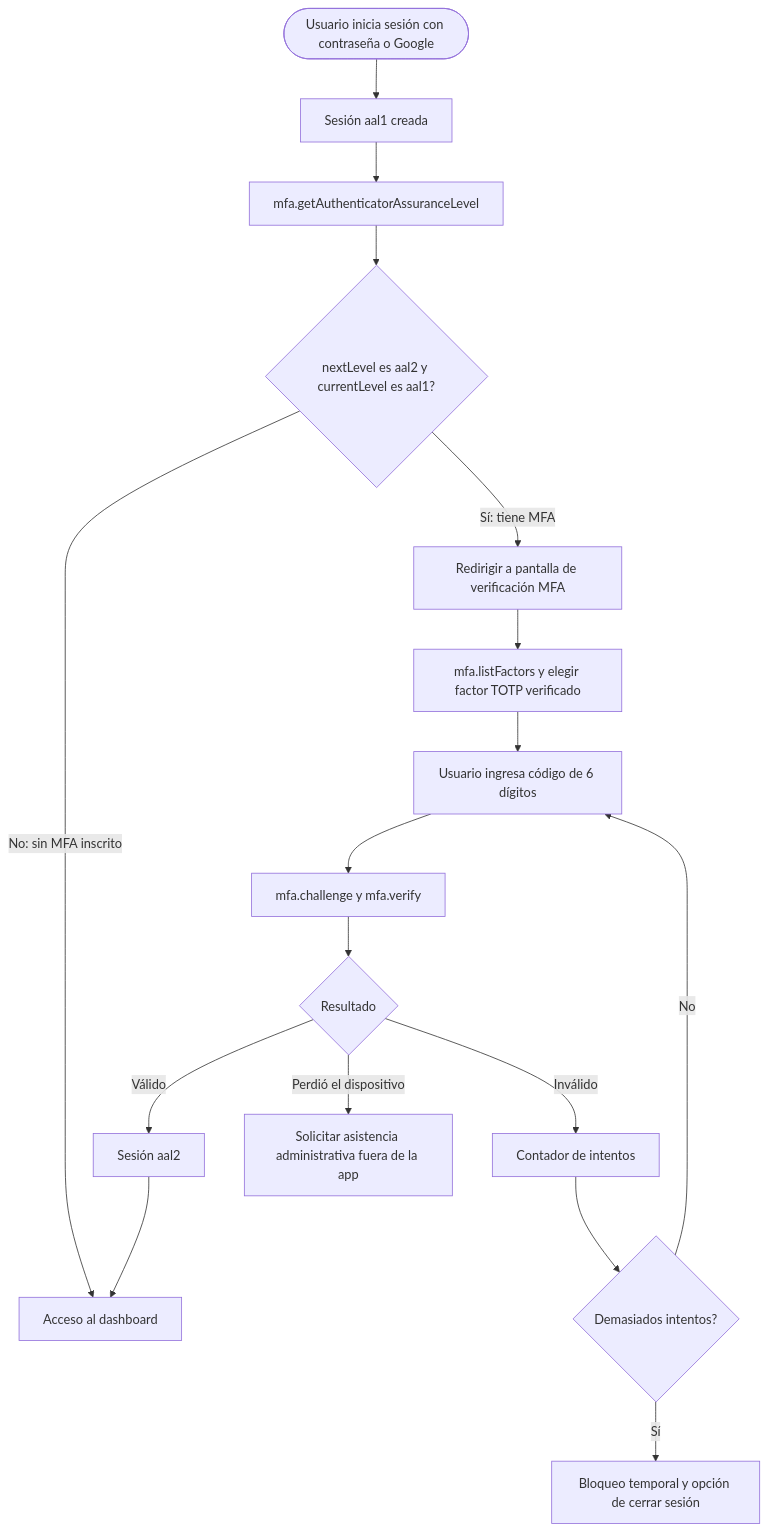
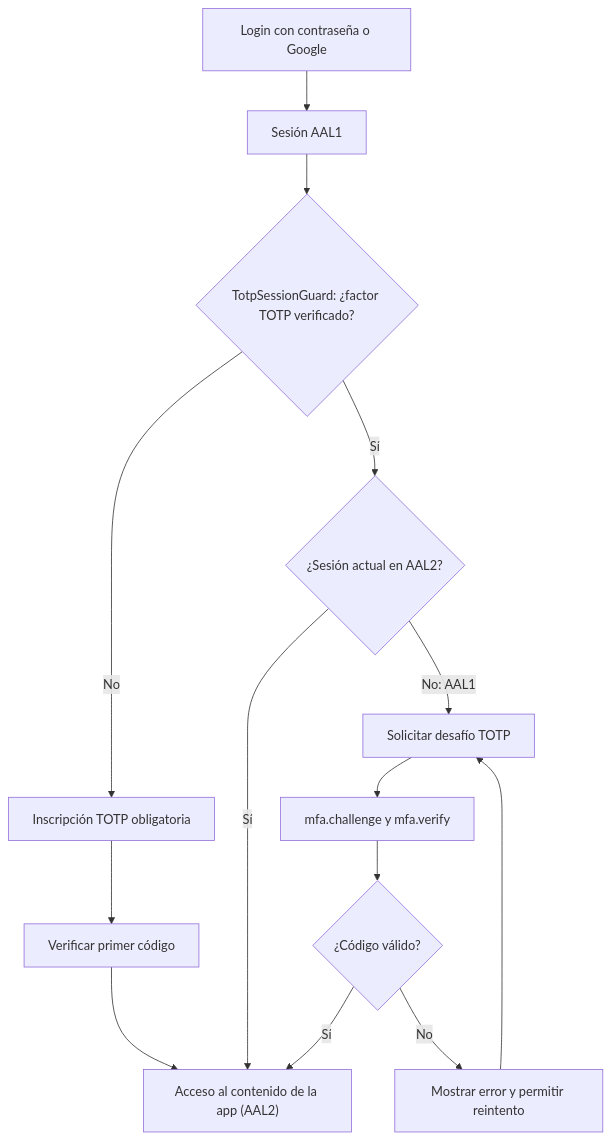
The eighth of 8 diagrams in auth-supabase-login-signup.md (Trebol4Devop/Comunidad_USAC), drawn with Mermaid before and after one commit. The commit also changed other lines of this file and 5 other files, not shown here.

````diff
--- a/auth-supabase-login-signup.md
+++ b/auth-supabase-login-signup.md
@@ -321,17 +326,16 @@
 ```mermaid
 flowchart TD
-    A(["Usuario inicia sesión con contraseña o Google"]) --> B["Sesión aal1 creada"]
-    B --> C["mfa.getAuthenticatorAssuranceLevel"]
-    C --> D{"nextLevel es aal2 y currentLevel es aal1?"}
-    D -->|"No: sin MFA inscrito"| E["Acceso al dashboard"]
-    D -->|"Sí: tiene MFA"| F["Redirigir a pantalla de verificación MFA"]
-    F --> G["mfa.listFactors y elegir factor TOTP verificado"]
-    G --> H["Usuario ingresa código de 6 dígitos"]
-    H --> I["mfa.challenge y mfa.verify"]
-    I --> J{"Resultado"}
-    J -->|"Válido"| K["Sesión aal2"] --> E
-    J -->|"Inválido"| L["Contador de intentos"] --> M{"Demasiados intentos?"}
-    M -->|"No"| H
-    M -->|"Sí"| N["Bloqueo temporal y opción de cerrar sesión"]
-    J -->|"Perdió el dispositivo"| O["Solicitar asistencia administrativa fuera de la app"]
+    A["Login con contraseña o Google"] --> B["Sesión AAL1"]
+    B --> C{"TotpSessionGuard: ¿factor TOTP verificado?"}
+    C -->|"No"| D["Inscripción TOTP obligatoria"]
+    D --> E["Verificar primer código"]
+    E --> K["Acceso al contenido de la app (AAL2)"]
+    C -->|"Sí"| F{"¿Sesión actual en AAL2?"}
+    F -->|"Sí"| K
+    F -->|"No: AAL1"| G["Solicitar desafío TOTP"]
+    G --> H["mfa.challenge y mfa.verify"]
+    H --> I{"¿Código válido?"}
+    I -->|"Sí"| K
+    I -->|"No"| J["Mostrar error y permitir reintento"]
+    J --> G
 ```
````
